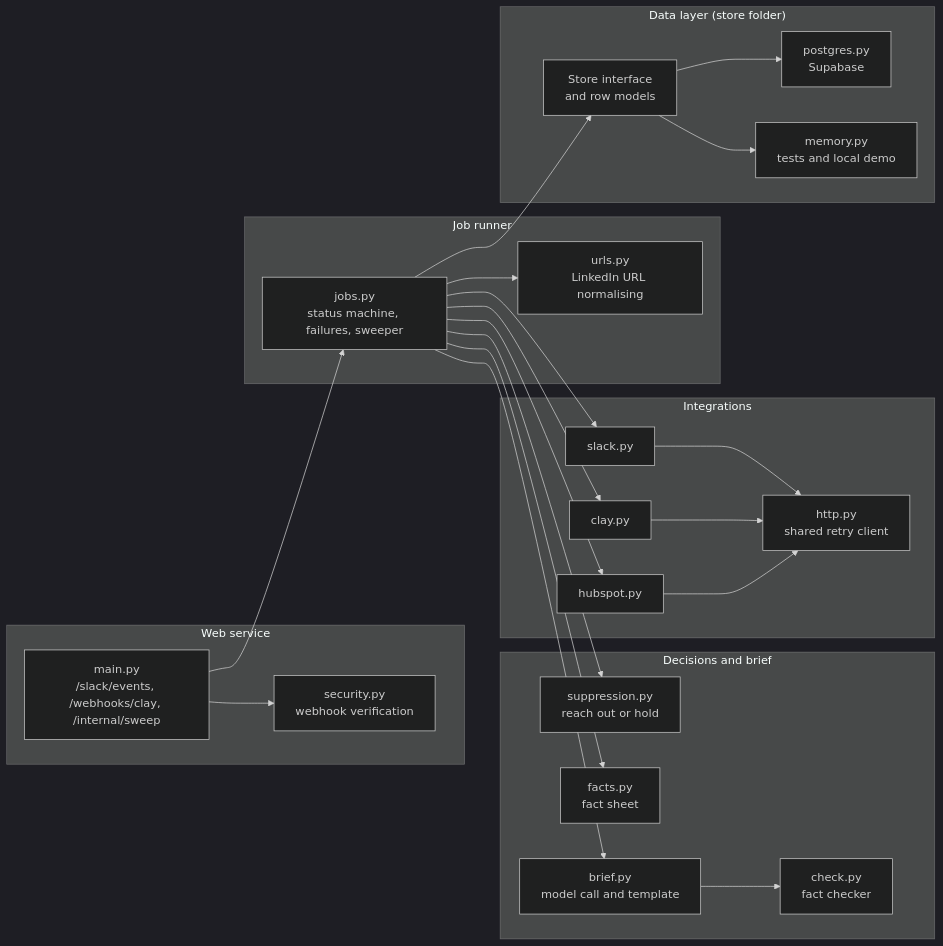
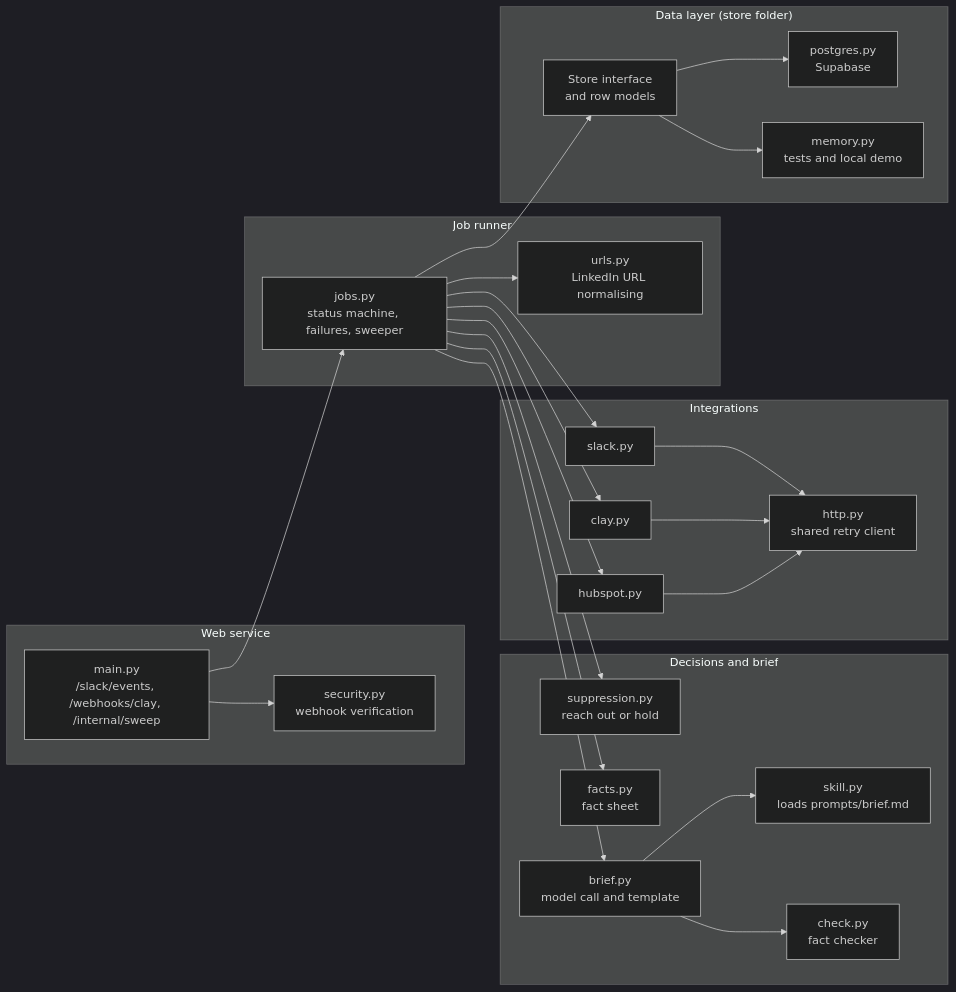
One commit to aloks1490/lead-research-bot changed the second of 2 diagrams in README.md. Above: the diagram before and after it, drawn with Mermaid (dark theme). The commit also changed other lines of this file and 18 other files, not shown here.

First line of the commit message:
Prompt as a versioned skill file, with schema enforcement

````diff
--- a/README.md
+++ b/README.md
@@ -223,44 +229,46 @@
 ```mermaid
 flowchart LR
     subgraph web["Web service"]
         main["main.py<br/>/slack/events, /webhooks/clay, /internal/sweep"]
         security["security.py<br/>webhook verification"]
     end
     subgraph runner["Job runner"]
         jobs["jobs.py<br/>status machine, failures, sweeper"]
         urls["urls.py<br/>LinkedIn URL normalising"]
     end
     subgraph decide["Decisions and brief"]
         suppression["suppression.py<br/>reach out or hold"]
         facts["facts.py<br/>fact sheet"]
         brief["brief.py<br/>model call and template"]
+        skill["skill.py<br/>loads prompts/brief.md"]
         check["check.py<br/>fact checker"]
     end
     subgraph integrations["Integrations"]
         slack["slack.py"]
         clay["clay.py"]
         hubspot["hubspot.py"]
         http["http.py<br/>shared retry client"]
     end
     subgraph data["Data layer (store folder)"]
         store["Store interface<br/>and row models"]
         postgres["postgres.py<br/>Supabase"]
         memory["memory.py<br/>tests and local demo"]
     end
     main --> security
     main --> jobs
     jobs --> urls
     jobs --> suppression
     jobs --> facts
     jobs --> brief
+    brief --> skill
     brief --> check
     jobs --> slack
     jobs --> clay
     jobs --> hubspot
     slack --> http
     clay --> http
     hubspot --> http
     jobs --> store
     store --> postgres
     store --> memory
 ```
````
